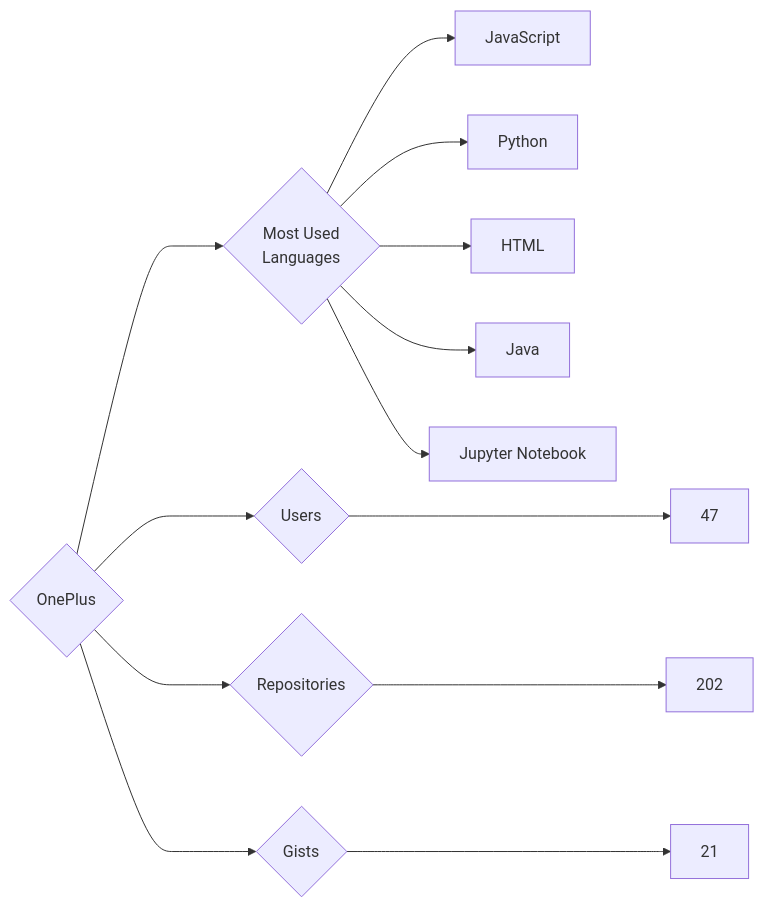
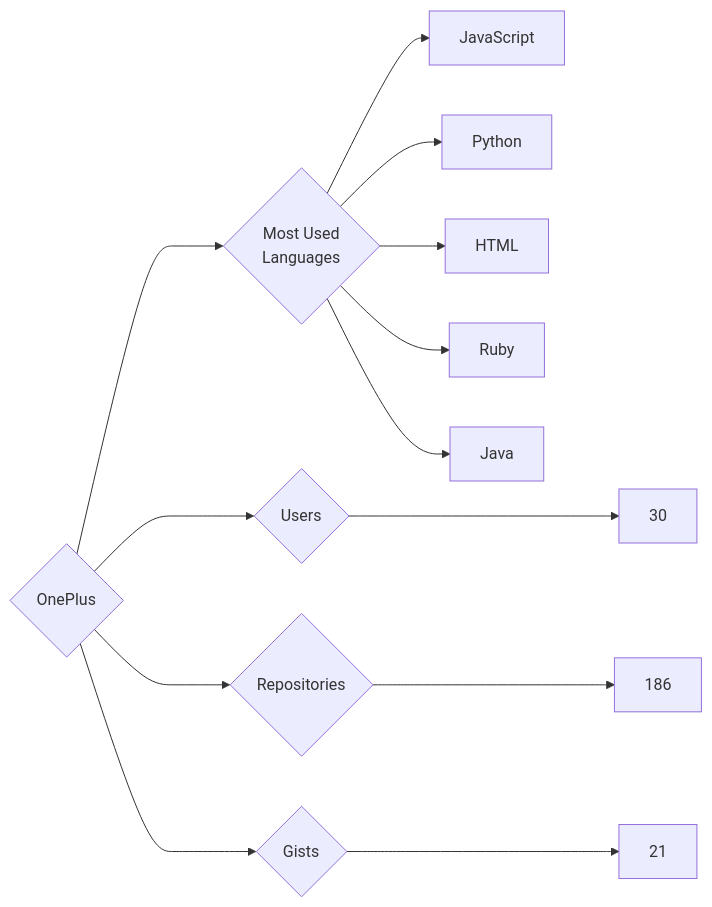
One commit to trickest/insiders changed the diagram in targets/OnePlus/README.md. Above: the diagram before and after it, drawn with Mermaid. The commit also changed 682 other files, not shown here.

````diff
--- a/targets/OnePlus/README.md
+++ b/targets/OnePlus/README.md
@@ -3,13 +3,13 @@
 ```mermaid
 graph LR
 COMPANY_NAME{OnePlus}
-COMPANY_NAME ---> U{Users} ---> UN[47]
-COMPANY_NAME ---> R{Repositories} ---> RN[202]
+COMPANY_NAME ---> U{Users} ---> UN[30]
+COMPANY_NAME ---> R{Repositories} ---> RN[186]
 COMPANY_NAME ---> G{Gists} ---> GN[21]
 COMPANY_NAME ---> ML{Most Used<br>Languages}
 ML --> JavaScript[JavaScript]
 ML --> Python[Python]
 ML --> HTML[HTML]
+ML --> Ruby[Ruby]
 ML --> Java[Java]
-ML --> Jupyter_Notebook[Jupyter Notebook]
 ```
````
